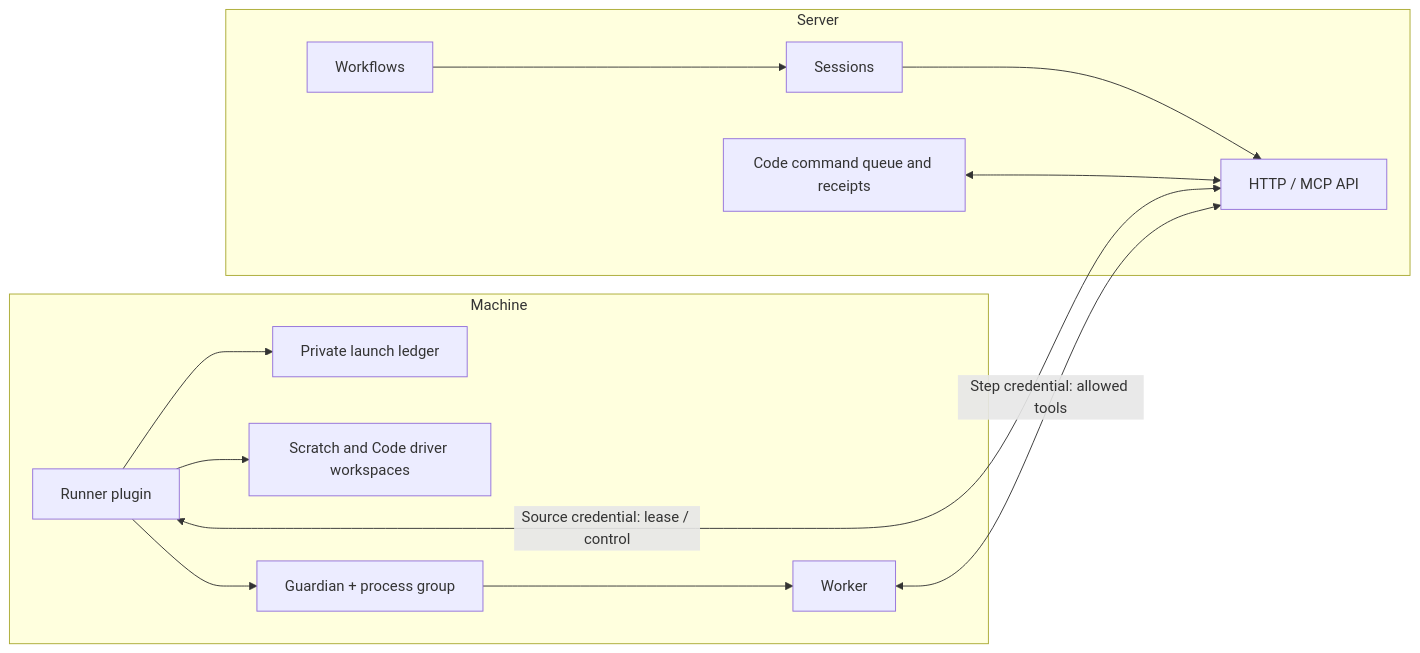
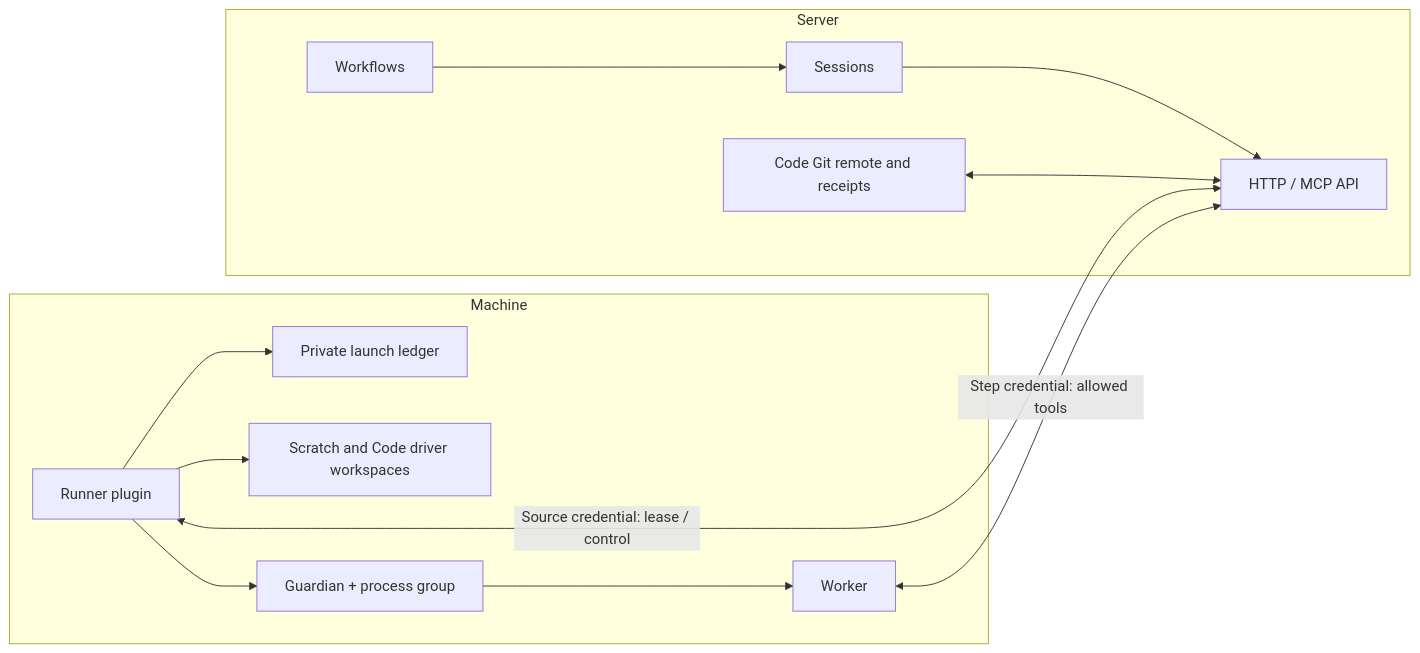
One commit to rapidreview-io/Merv changed the diagram in merv-typescript/docs/MACHINE_RUNNER.md. Above: the diagram before and after it, drawn with Mermaid. The commit also changed other lines of this file and 213 other files, not shown here.

````diff
--- a/merv-typescript/docs/MACHINE_RUNNER.md
+++ b/merv-typescript/docs/MACHINE_RUNNER.md
@@ -9,16 +9,16 @@
 ```mermaid
 flowchart LR
   subgraph Server
     W[Workflows] --> S[Sessions]
     S --> A[HTTP / MCP API]
-    K[Code command queue and receipts] <--> A
+    K[Code Git remote and receipts] <--> A
   end
   subgraph Machine
     R[Runner plugin] --> L[Private launch ledger]
     R --> B[Scratch and Code driver workspaces]
     R --> G[Guardian + process group]
     G --> C[Worker]
   end
   R <-->|Source credential: lease / control| A
   C <-->|Step credential: allowed tools| A
 ```
````
